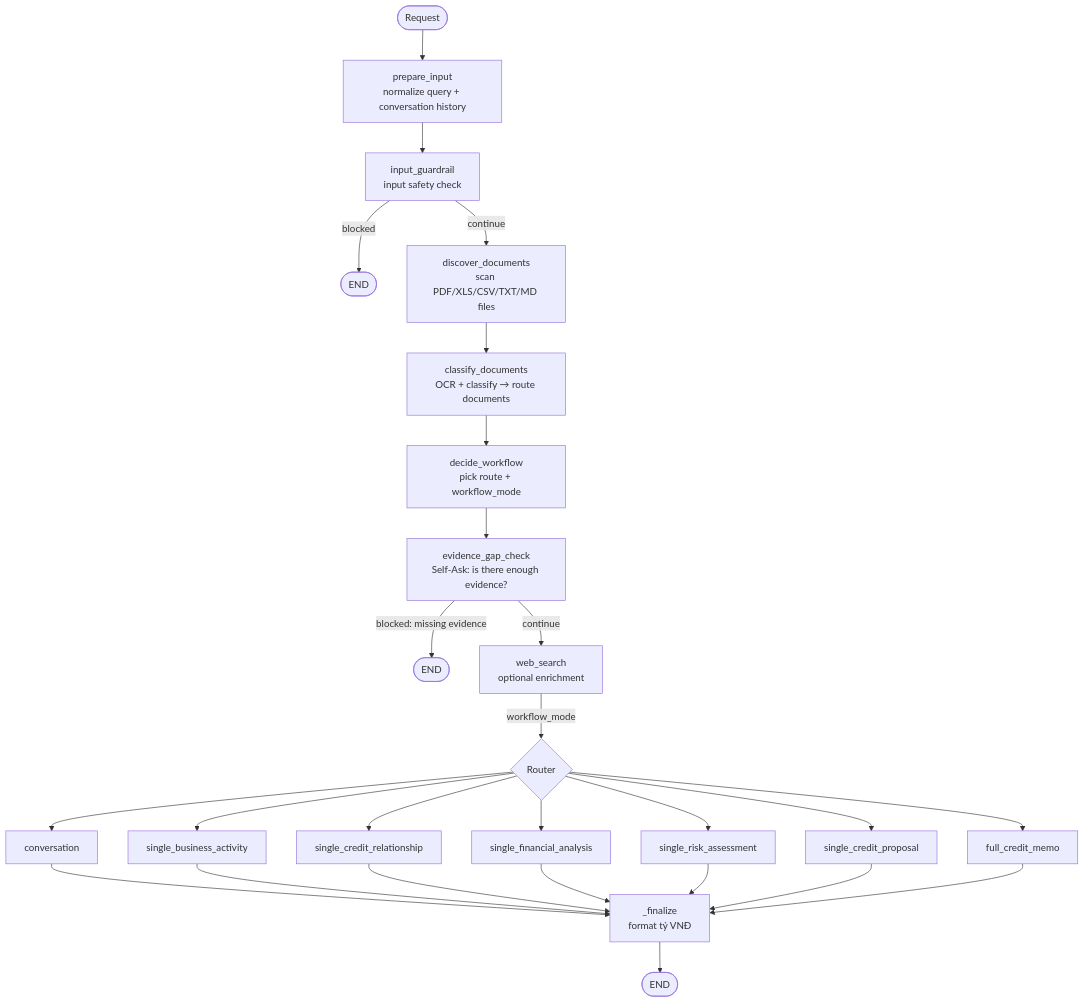
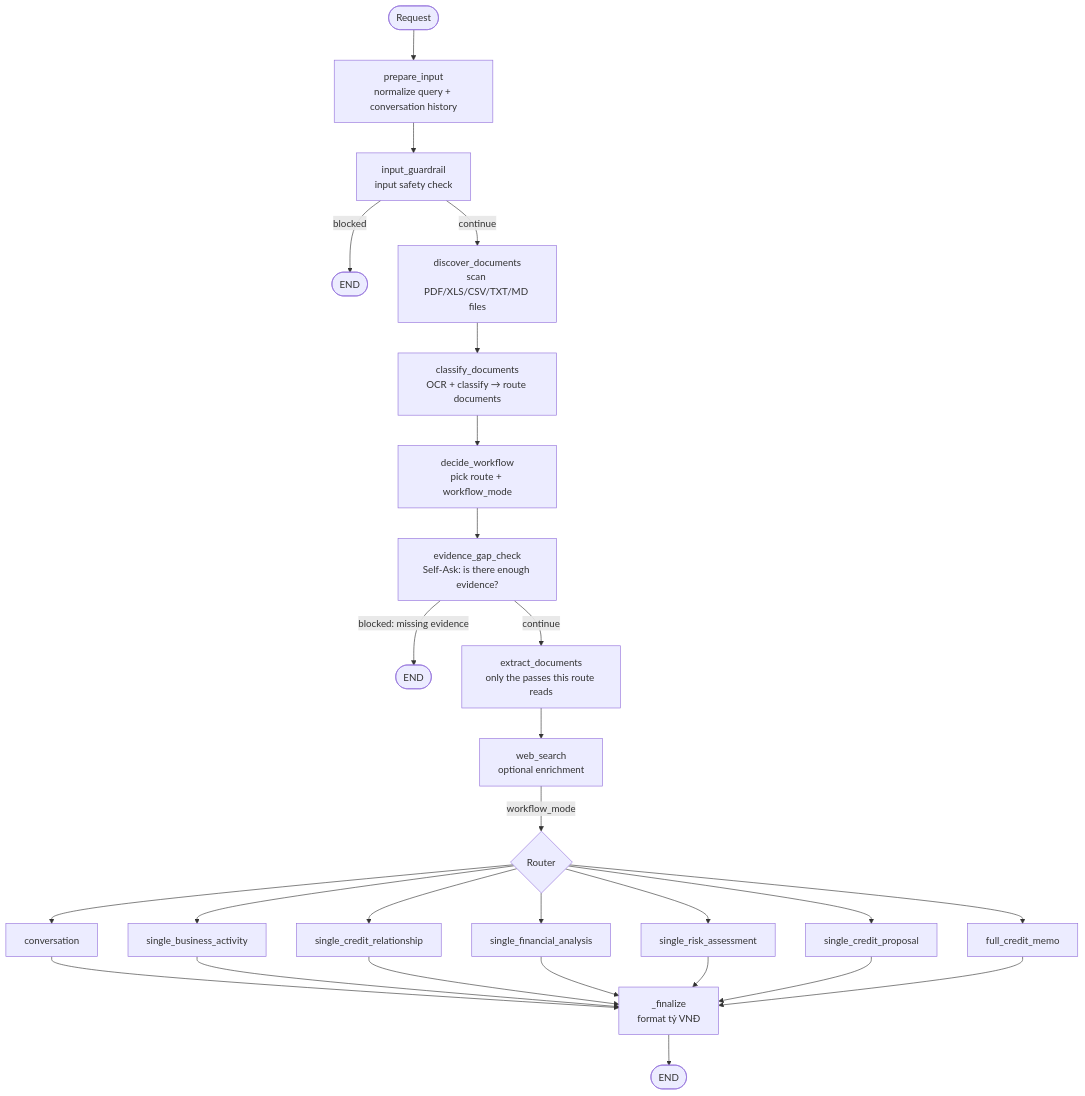
The diagram in README.md (hodongtu/SME-creditmemo-multi-agent), drawn with Mermaid before and after one commit. The commit also changed other lines of this file, not shown here.

````diff
--- a/README.md
+++ b/README.md
@@ -69,22 +69,23 @@
 ```mermaid
 flowchart TD
     START([Request]) --> A[prepare_input<br/>normalize query + conversation history]
     A --> B[input_guardrail<br/>input safety check]
     B -->|blocked| E1([END])
     B -->|continue| C[discover_documents<br/>scan PDF/XLS/CSV/TXT/MD files]
     C --> D[classify_documents<br/>OCR + classify → route documents]
     D --> F[decide_workflow<br/>pick route + workflow_mode]
     F --> G[evidence_gap_check<br/>Self-Ask: is there enough evidence?]
     G -->|blocked: missing evidence| E2([END])
-    G -->|continue| H[web_search<br/>optional enrichment]
+    G -->|continue| X[extract_documents<br/>only the passes this route reads]
+    X --> H[web_search<br/>optional enrichment]
     H -->|workflow_mode| R{Router}
     R --> W1[conversation]
     R --> W2[single_business_activity]
     R --> W3[single_credit_relationship]
     R --> W4[single_financial_analysis]
     R --> W5[single_risk_assessment]
     R --> W6[single_credit_proposal]
     R --> W7[full_credit_memo]
     W1 & W2 & W3 & W4 & W5 & W6 & W7 --> FIN[_finalize<br/>format tỷ VNĐ]
     FIN --> ENDN([END])
 ```
````
